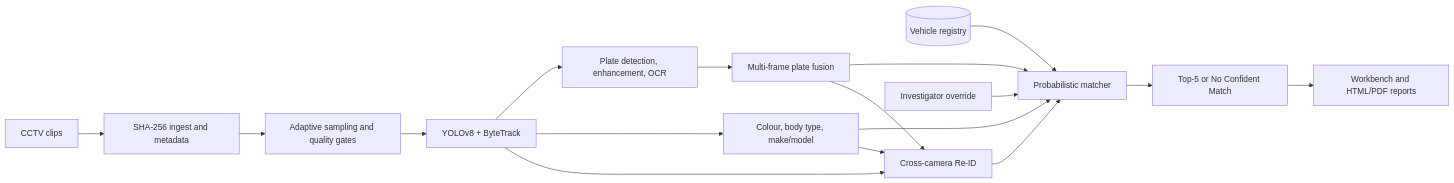
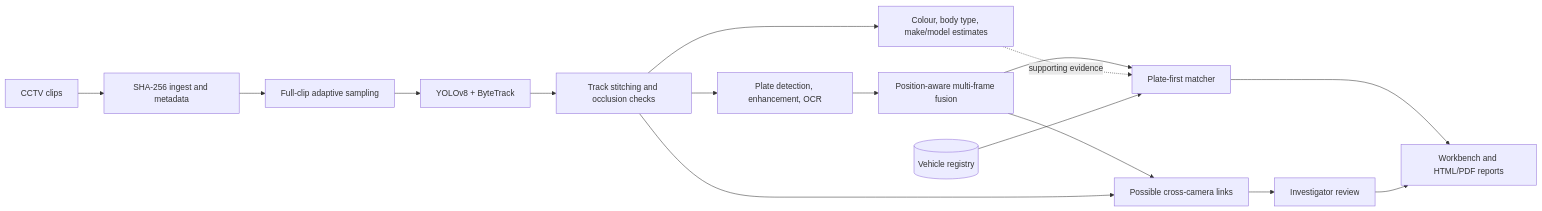
Before and after one commit to ankitagarwal546/Vehicle-Tracer: the diagram in README.md, drawn with Mermaid. The commit also changed other lines of this file, not shown here.

Commit message:
docs: document matching gates, link review and verified limitations

````diff
--- a/README.md
+++ b/README.md
@@ -9,19 +11,18 @@
 ```mermaid
 flowchart LR
     A[CCTV clips] --> B[SHA-256 ingest and metadata]
-    B --> C[Adaptive sampling and quality gates]
+    B --> C[Full-clip adaptive sampling]
     C --> D[YOLOv8 + ByteTrack]
-    D --> E[Plate detection, enhancement, OCR]
-    D --> F[Colour, body type, make/model]
-    E --> G[Multi-frame plate fusion]
-    G --> H[Probabilistic matcher]
-    F --> H
-    R[(Vehicle registry)] --> H
-    D --> I[Cross-camera Re-ID]
-    G --> I
-    F --> I
-    I --> H
-    H --> J[Top-5 or No Confident Match]
-    J --> K[Workbench and HTML/PDF reports]
-    L[Investigator override] --> H
+    D --> E[Track stitching and occlusion checks]
+    E --> F[Plate detection, enhancement, OCR]
+    E --> G[Colour, body type, make/model estimates]
+    F --> H[Position-aware multi-frame fusion]
+    H --> I[Plate-first matcher]
+    G -. supporting evidence .-> I
+    R[(Vehicle registry)] --> I
+    H --> J[Possible cross-camera links]
+    E --> J
+    J --> K[Investigator review]
+    I --> L[Workbench and HTML/PDF reports]
+    K --> L
 ```
````
